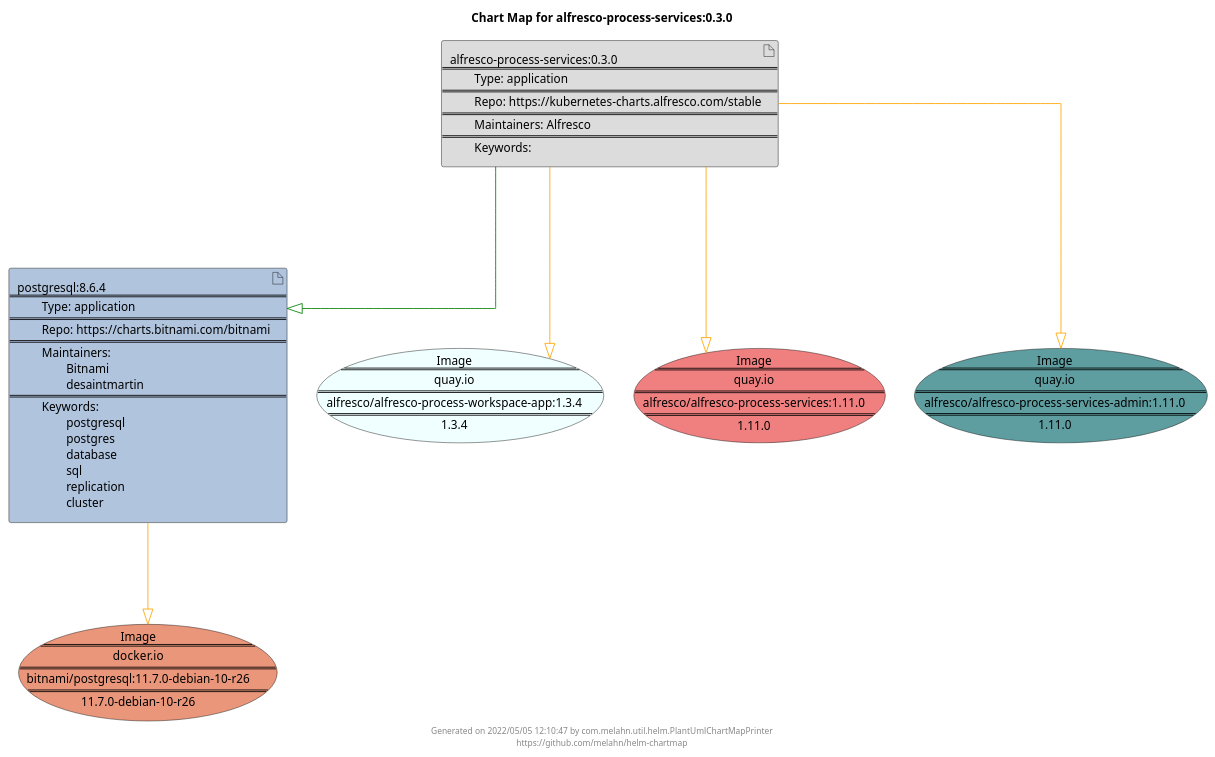
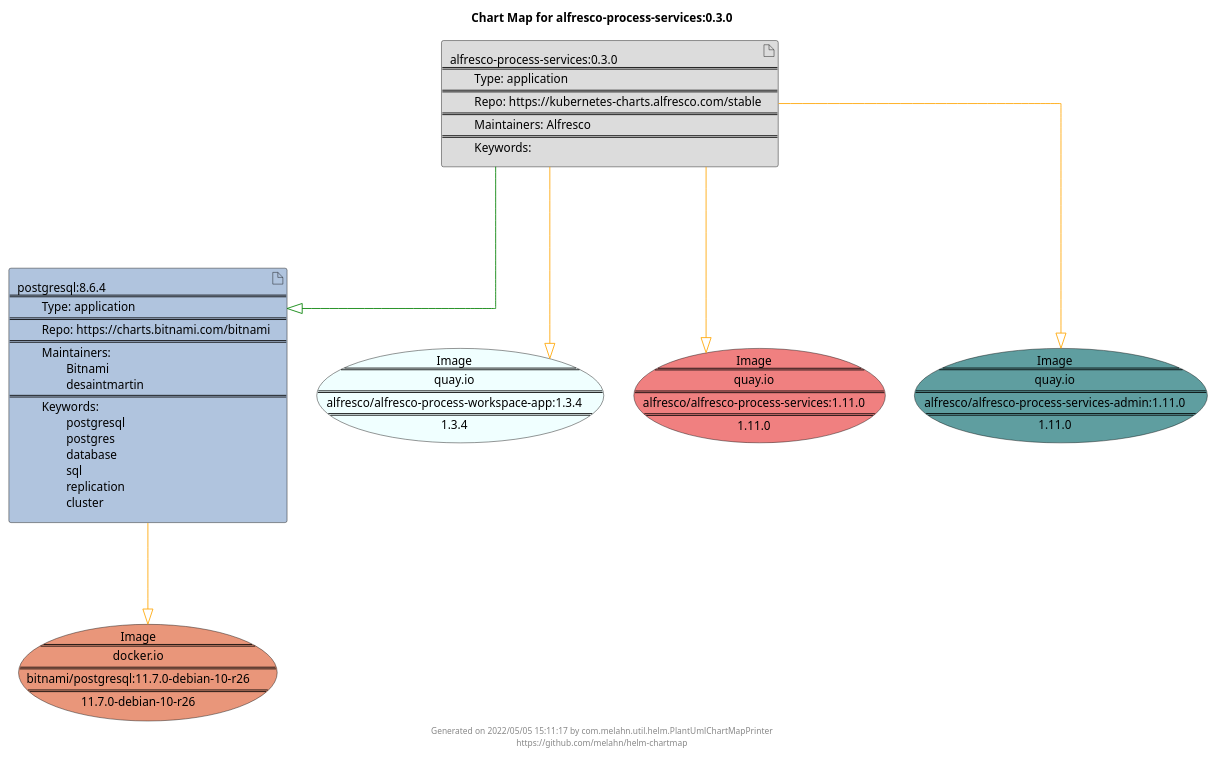
Before and after one commit to melahn/helm-chartmap: the diagram in docs/alfresco-process-services/alfresco-process-services-0.3.0.puml, drawn with PlantUML. The commit also changed 57 other files, not shown here.

Commit message:
Update Example Chart Maps as part of GitHub build

```diff
--- a/docs/alfresco-process-services/alfresco-process-services-0.3.0.puml
+++ b/docs/alfresco-process-services/alfresco-process-services-0.3.0.puml
@@ -1,29 +1,29 @@
 @startuml
 skinparam linetype ortho
 skinparam backgroundColor white
 skinparam usecaseBorderColor black
 skinparam usecaseArrowColor LightSlateGray
 skinparam artifactBorderColor black
 skinparam artifactArrowColor LightSlateGray
 
 title Chart Map for alfresco-process-services:0.3.0
 
 'There are 2 referenced Helm Charts
 artifact "alfresco-process-services:0.3.0\n====\n\tType: application\n====\n\tRepo: https://kubernetes-charts.alfresco.com/stable\n====\n\tMaintainers: Alfresco\n====\n\tKeywords: " as alfresco_process_services_0_3_0 #Gainsboro
 artifact "postgresql:8.6.4\n====\n\tType: application\n====\n\tRepo: https://charts.bitnami.com/bitnami\n====\n\tMaintainers: \n\t\tBitnami\n\t\tdesaintmartin\n====\n\tKeywords: \n\t\tpostgresql\n\t\tpostgres\n\t\tdatabase\n\t\tsql\n\t\treplication\n\t\tcluster" as postgresql_8_6_4 #LightSteelBlue
 
 'There are 4 referenced Docker Images
 usecase "Image\n====\nquay.io\n====\nalfresco/alfresco-process-workspace-app:1.3.4\n====\n1.3.4" as quay_io_alfresco_alfresco_process_workspace_app_1_3_4 #Azure
 usecase "Image\n====\nquay.io\n====\nalfresco/alfresco-process-services:1.11.0\n====\n1.11.0" as quay_io_alfresco_alfresco_process_services_1_11_0 #LightCoral
 usecase "Image\n====\nquay.io\n====\nalfresco/alfresco-process-services-admin:1.11.0\n====\n1.11.0" as quay_io_alfresco_alfresco_process_services_admin_1_11_0 #CadetBlue
 usecase "Image\n====\ndocker.io\n====\nbitnami/postgresql:11.7.0-debian-10-r26\n====\n11.7.0-debian-10-r26" as docker_io_bitnami_postgresql_11_7_0_debian_10_r26 #DarkSalmon
 
 'Chart Dependencies
 alfresco_process_services_0_3_0--[#green]-|>postgresql_8_6_4
 alfresco_process_services_0_3_0--[#orange]-|>quay_io_alfresco_alfresco_process_services_admin_1_11_0
 alfresco_process_services_0_3_0--[#orange]-|>quay_io_alfresco_alfresco_process_workspace_app_1_3_4
 alfresco_process_services_0_3_0--[#orange]-|>quay_io_alfresco_alfresco_process_services_1_11_0
 postgresql_8_6_4--[#orange]-|>docker_io_bitnami_postgresql_11_7_0_debian_10_r26
 
-center footer Generated on 2022/05/05 12:10:47 by com.melahn.util.helm.PlantUmlChartMapPrinter\nhttps://github.com/melahn/helm-chartmap
+center footer Generated on 2022/05/05 15:11:17 by com.melahn.util.helm.PlantUmlChartMapPrinter\nhttps://github.com/melahn/helm-chartmap
 @enduml
```
